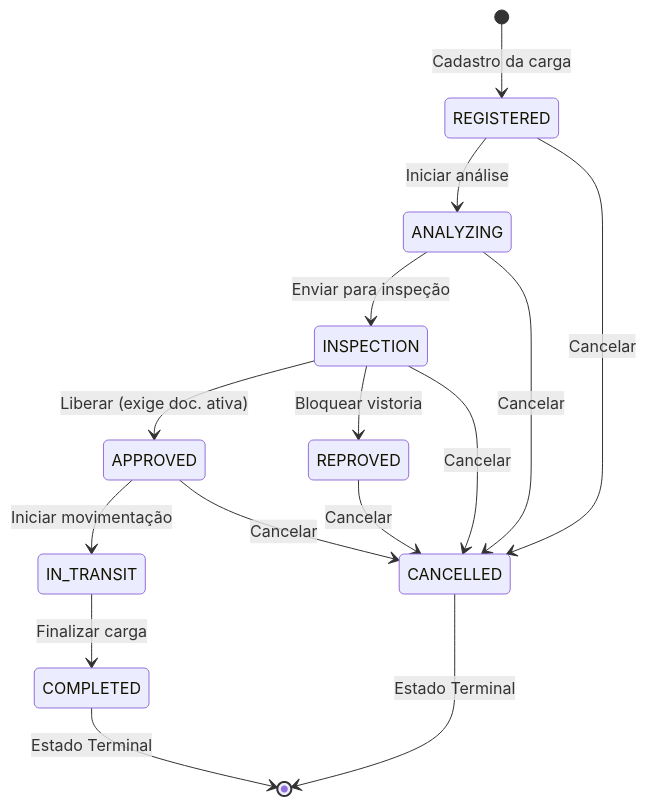
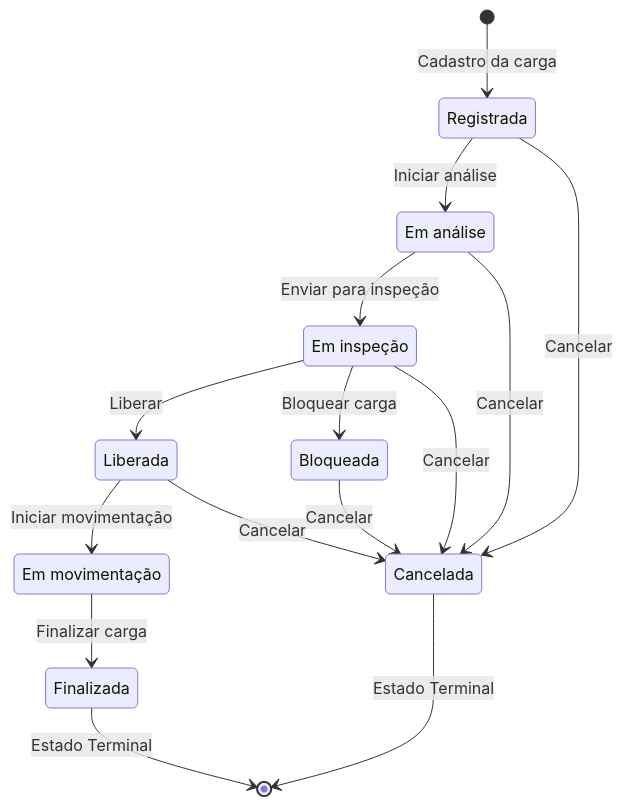
The diagram in README.md (TechChallengeFiap/QuimoviaApi), drawn with Mermaid before and after one commit. The commit also changed other lines of this file and 2 other files, not shown here.

````diff
--- a/README.md
+++ b/README.md
@@ -304,17 +234,25 @@
 ```mermaid
 stateDiagram-v2
+  state "Registrada" as REGISTERED
+  state "Em análise" as ANALYZING
+  state "Em inspeção" as INSPECTION
+  state "Liberada" as APPROVED
+  state "Bloqueada" as REPROVED
+  state "Em movimentação" as IN_TRANSIT
+  state "Finalizada" as COMPLETED
+  state "Cancelada" as CANCELLED
   [*] --> REGISTERED : Cadastro da carga
   REGISTERED --> ANALYZING : Iniciar análise
   ANALYZING --> INSPECTION : Enviar para inspeção
-  INSPECTION --> APPROVED : Liberar (exige doc. ativa)
-  INSPECTION --> REPROVED : Bloquear vistoria
+  INSPECTION --> APPROVED : Liberar
+  INSPECTION --> REPROVED : Bloquear carga
   APPROVED --> IN_TRANSIT : Iniciar movimentação
   IN_TRANSIT --> COMPLETED : Finalizar carga
   REGISTERED --> CANCELLED : Cancelar
   ANALYZING --> CANCELLED : Cancelar
   INSPECTION --> CANCELLED : Cancelar
   APPROVED --> CANCELLED : Cancelar
   REPROVED --> CANCELLED : Cancelar
   COMPLETED --> [*] : Estado Terminal
   CANCELLED --> [*] : Estado Terminal
 ```
````
